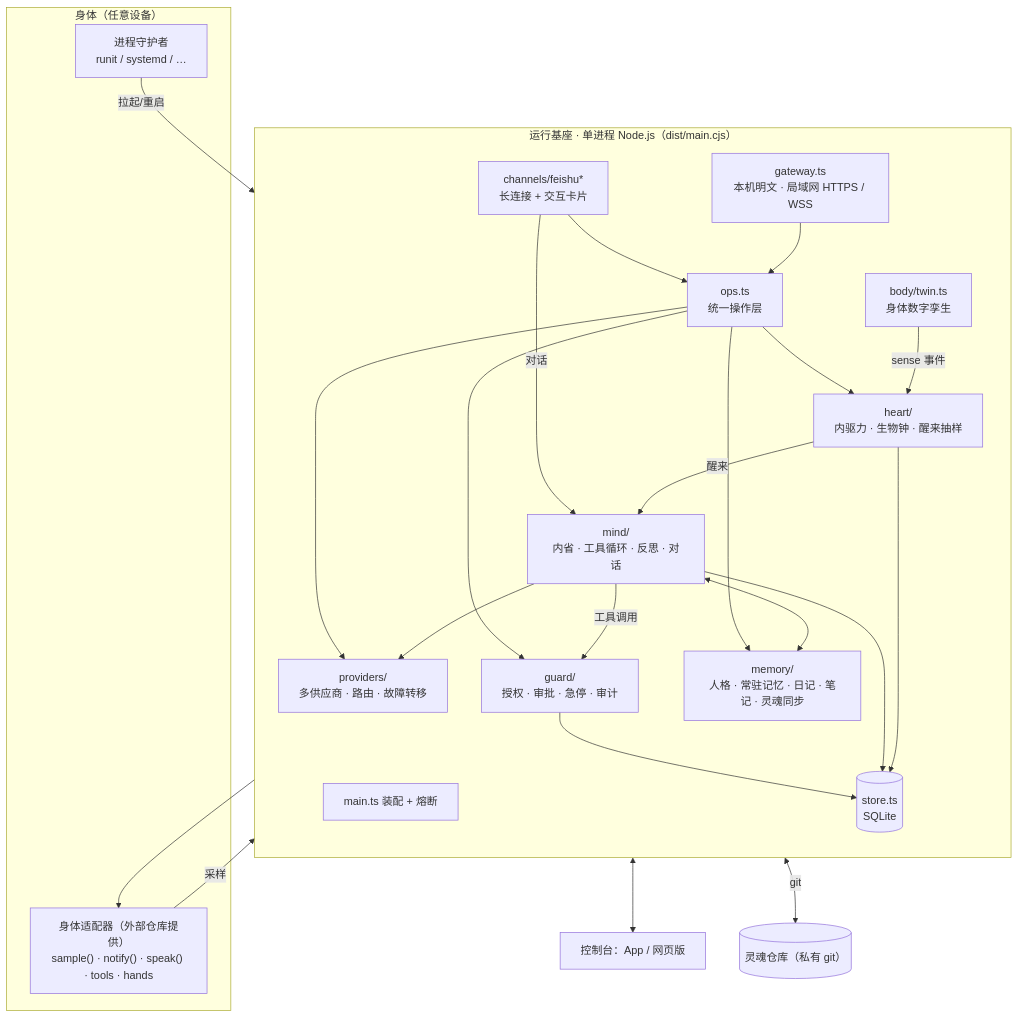
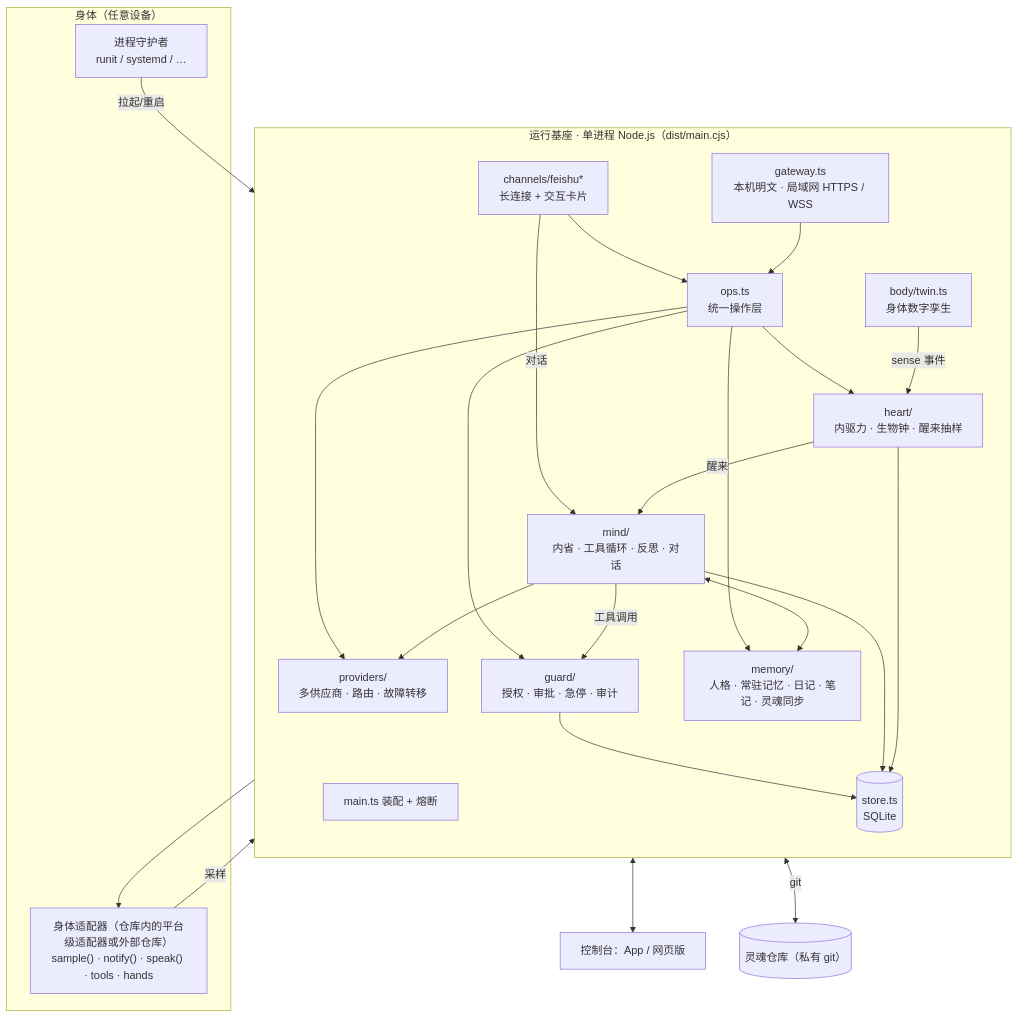
One commit to Causally-XYZ/Project.Quetzal changed the first of 10 diagrams in docs/ARCHITECTURE.md. Above: the diagram before and after it, drawn with Mermaid. The commit also changed other lines of this file and 27 other files, not shown here.

````diff
--- a/docs/ARCHITECTURE.md
+++ b/docs/ARCHITECTURE.md
@@ -11,35 +11,35 @@
 ```mermaid
 flowchart TB
   subgraph Host["身体（任意设备）"]
-    AD["身体适配器（外部仓库提供）<br/>sample() · notify() · speak() · tools · hands"]
+    AD["身体适配器（仓库内的平台级适配器或外部仓库）<br/>sample() · notify() · speak() · tools · hands"]
     SUP["进程守护者<br/>runit / systemd / …"]
   end
   subgraph Core["运行基座 · 单进程 Node.js（dist/main.cjs）"]
     direction TB
     MAIN["main.ts 装配 + 熔断"]
     TWIN["body/twin.ts<br/>身体数字孪生"]
     HEART["heart/<br/>内驱力 · 生物钟 · 醒来抽样"]
     BRAIN["mind/<br/>内省 · 工具循环 · 反思 · 对话"]
     MEM["memory/<br/>人格 · 常驻记忆 · 日记 · 笔记 · 灵魂同步"]
     PROV["providers/<br/>多供应商 · 路由 · 故障转移"]
     GUARD["guard/<br/>授权 · 审批 · 急停 · 审计"]
     OPS["ops.ts<br/>统一操作层"]
     GW["gateway.ts<br/>本机明文 · 局域网 HTTPS / WSS"]
     FS["channels/feishu*<br/>长连接 + 交互卡片"]
     STORE[("store.ts<br/>SQLite")]
   end
   SUP -- 拉起/重启 --> MAIN
   AD -- 采样 --> TWIN
   TWIN -- sense 事件 --> HEART
   HEART -- 醒来 --> BRAIN
   BRAIN --> PROV
   BRAIN -- 工具调用 --> GUARD --> AD
   BRAIN <--> MEM
   OPS --> HEART & GUARD & MEM & PROV
   GW --> OPS
   FS --> OPS
   FS -- 对话 --> BRAIN
   GW <--> APP["控制台：App / 网页版"]
   MEM <-- git --> SOUL[("灵魂仓库（私有 git）")]
   HEART & BRAIN & GUARD --> STORE
 ```
````
